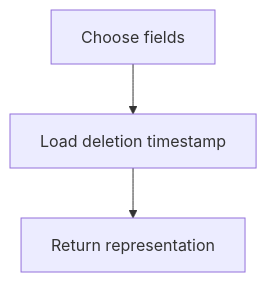
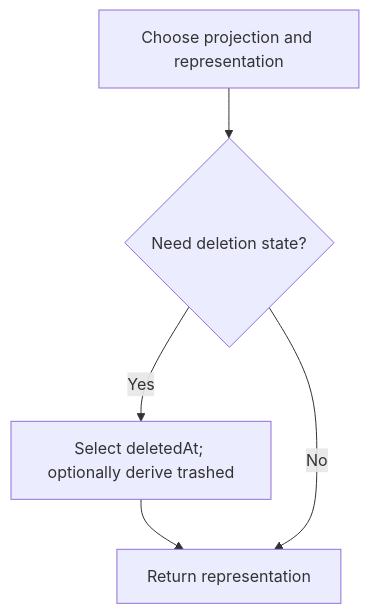
Before and after one commit to Kevinjohn/oss-adonisjs-lucid-soft-delete: the first of 2 diagrams in user-stories/integration/us-app-12-serialisation.md, drawn with Mermaid. The commit also changed other lines of this file and 22 other files, not shown here.

Commit message:
docs: verify user story paths and Mermaid flows against implementation

````diff
--- a/user-stories/integration/us-app-12-serialisation.md
+++ b/user-stories/integration/us-app-12-serialisation.md
@@ -19,4 +19,6 @@
 ```mermaid
 flowchart TD
-    A["Choose fields"] --> B["Load deletion timestamp"] --> C["Return representation"]
+    A["Choose projection and representation"] --> B{"Need deletion state?"}
+    B -->|Yes| C["Select deletedAt; optionally derive trashed"] --> D["Return representation"]
+    B -->|No| D
 ```
````
